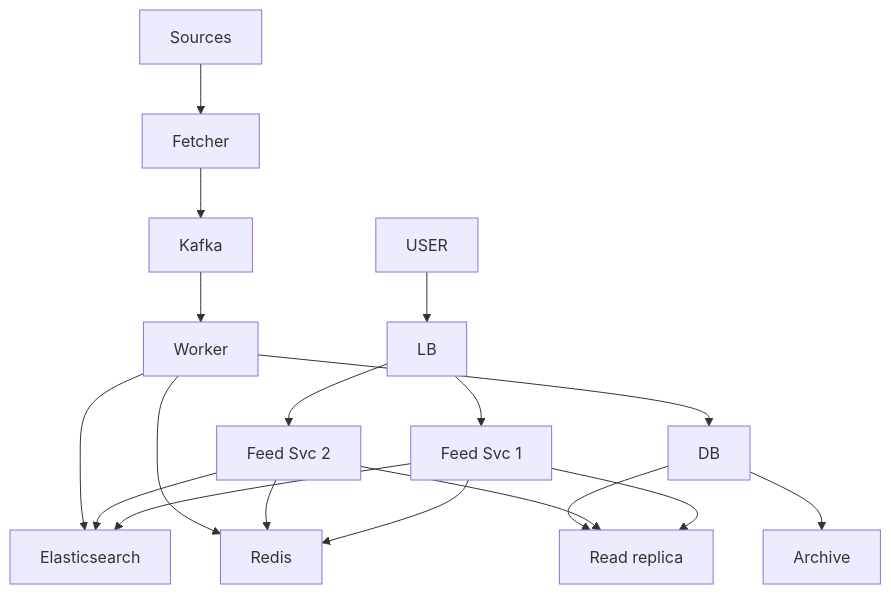
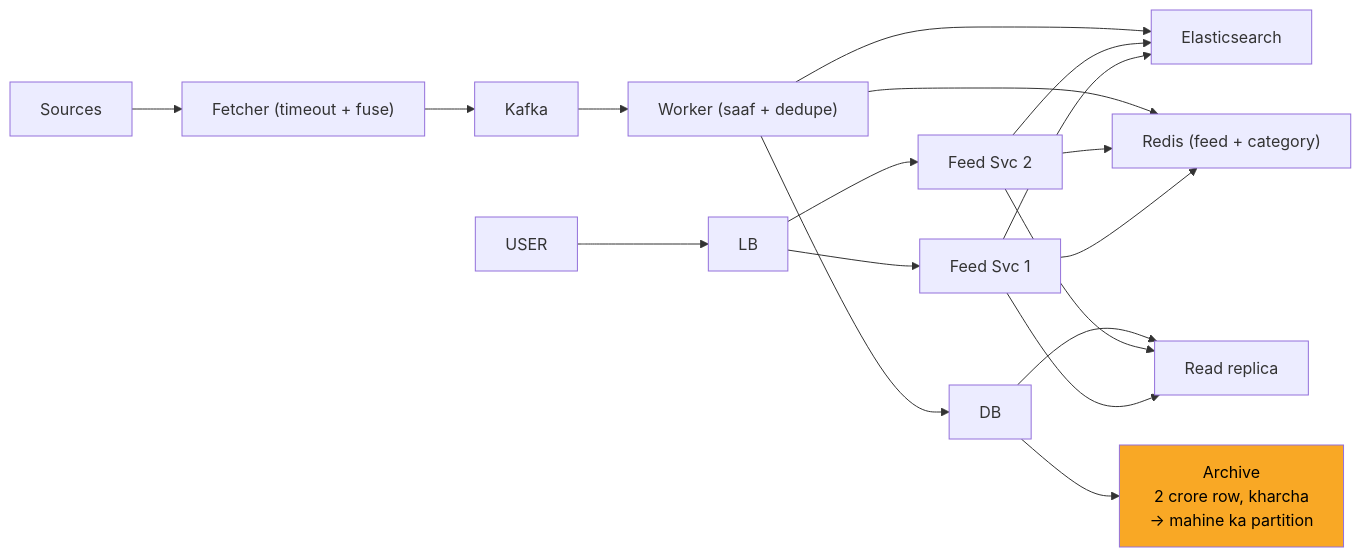
The ninth of 11 diagrams in 04_HLD/SYSTEM_DESIGNS/08_news_aggregator/08_news_aggregator_INTERVIEW.md (ArpanMaheshwari144/Prep), drawn with Mermaid before and after one commit. The commit also changed other lines of this file and 2 other files, not shown here.

Commit message:
news, bookmyshow, cache: one-day story, short cards, follow-ups with rules, highlighted diagrams

````diff
--- a/04_HLD/SYSTEM_DESIGNS/08_news_aggregator/08_news_aggregator_INTERVIEW.md
+++ b/04_HLD/SYSTEM_DESIGNS/08_news_aggregator/08_news_aggregator_INTERVIEW.md
@@ -382,33 +376,34 @@
 ```mermaid
-flowchart TD
+flowchart LR
     n_USER["USER"]
     n_LB["LB"]
     n_Feed_Svc_x_N_1["Feed Svc 1"]
     n_Feed_Svc_x_N_2["Feed Svc 2"]
     n_Elasticsearch["Elasticsearch"]
-    n_Redis["Redis"]
+    n_Redis["Redis (feed + category)"]
     n_Read_replica["Read replica"]
     n_DB["DB"]
-    n_Archive["Archive"]
-    n_Worker["Worker"]
+    n_Archive["Archive<br/>2 crore row, kharcha<br/>-> mahine ka partition"]
+    n_Worker["Worker (saaf + dedupe)"]
     n_Kafka["Kafka"]
-    n_Fetcher["Fetcher"]
+    n_Fetcher["Fetcher (timeout + fuse)"]
     n_Sources["Sources"]
     n_USER --> n_LB
     n_LB --> n_Feed_Svc_x_N_1
     n_LB --> n_Feed_Svc_x_N_2
     n_Feed_Svc_x_N_1 --> n_Elasticsearch
     n_Feed_Svc_x_N_2 --> n_Elasticsearch
     n_Feed_Svc_x_N_1 --> n_Redis
     n_Feed_Svc_x_N_2 --> n_Redis
     n_Feed_Svc_x_N_1 --> n_Read_replica
     n_Feed_Svc_x_N_2 --> n_Read_replica
     n_DB --> n_Read_replica
     n_DB --> n_Archive
     n_Worker --> n_DB
     n_Worker --> n_Redis
+    n_Worker --> n_Elasticsearch
     n_Kafka --> n_Worker
     n_Fetcher --> n_Kafka
     n_Sources --> n_Fetcher
-    n_Worker --> n_Elasticsearch
+    style n_Archive fill:#f9a825,color:#000
 ```
````
